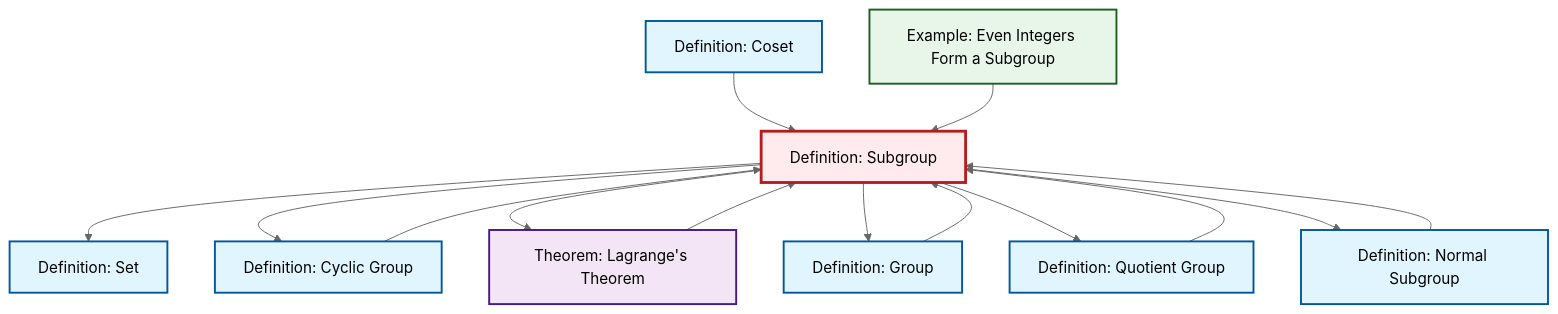
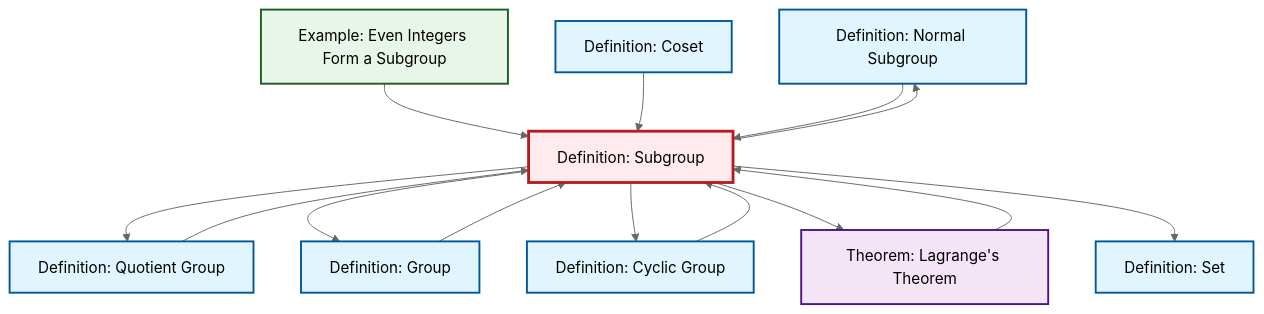
Before and after one commit to RK0429/ModernMath: the diagram in content/ja/algebra/def-subgroup.qmd, drawn with Mermaid (neutral theme). The commit also changed other lines of this file and 360 other files, not shown here.

````diff
--- a/content/ja/algebra/def-subgroup.qmd
+++ b/content/ja/algebra/def-subgroup.qmd
@@ -53,40 +53,40 @@
 ```{mermaid}
 %%| fig-cap: "Local dependency graph"
 graph TD
     classDef definition fill:#e1f5fe,stroke:#01579b,stroke-width:2px
     classDef theorem fill:#f3e5f5,stroke:#4a148c,stroke-width:2px
     classDef axiom fill:#fff3e0,stroke:#e65100,stroke-width:2px
     classDef example fill:#e8f5e9,stroke:#1b5e20,stroke-width:2px
     classDef current fill:#ffebee,stroke:#b71c1c,stroke-width:3px
+    def-normal-subgroup["Definition: Normal Subgroup"]:::definition
+    def-quotient-group["Definition: Quotient Group"]:::definition
     ex-even-integers-subgroup["Example: Even Integers Form a Subgroup"]:::example
+    thm-lagrange["Theorem: Lagrange's Theorem"]:::theorem
+    def-coset["Definition: Coset"]:::definition
+    def-set["Definition: Set"]:::definition
     def-cyclic-group["Definition: Cyclic Group"]:::definition
-    def-normal-subgroup["Definition: Normal Subgroup"]:::definition
+    def-group["Definition: Group"]:::definition
     def-subgroup["Definition: Subgroup"]:::definition
-    def-coset["Definition: Coset"]:::definition
-    def-group["Definition: Group"]:::definition
-    thm-lagrange["Theorem: Lagrange's Theorem"]:::theorem
-    def-set["Definition: Set"]:::definition
-    def-quotient-group["Definition: Quotient Group"]:::definition
+    def-group --> def-subgroup
+    def-subgroup --> def-quotient-group
+    ex-even-integers-subgroup --> def-subgroup
+    thm-lagrange --> def-subgroup
+    def-coset --> def-subgroup
+    def-subgroup --> def-normal-subgroup
+    def-cyclic-group --> def-subgroup
+    def-quotient-group --> def-subgroup
+    def-subgroup --> def-group
+    def-subgroup --> def-cyclic-group
+    def-subgroup --> thm-lagrange
     def-subgroup --> def-set
-    def-quotient-group --> def-subgroup
     def-normal-subgroup --> def-subgroup
-    def-coset --> def-subgroup
-    def-subgroup --> def-cyclic-group
-    def-group --> def-subgroup
-    def-subgroup --> thm-lagrange
-    def-subgroup --> def-group
-    def-subgroup --> def-quotient-group
-    thm-lagrange --> def-subgroup
-    def-cyclic-group --> def-subgroup
-    def-subgroup --> def-normal-subgroup
-    ex-even-integers-subgroup --> def-subgroup
     class def-subgroup current
+    click def-normal-subgroup "def-normal-subgroup.html" "Definition: Normal Subgroupへ"
+    click def-quotient-group "def-quotient-group.html" "Definition: Quotient Groupへ"
     click ex-even-integers-subgroup "ex-even-integers-subgroup.html" "Example: Even Integers Form a Subgroupへ"
+    click thm-lagrange "thm-lagrange.html" "Theorem: Lagrange's Theoremへ"
+    click def-coset "def-coset.html" "Definition: Cosetへ"
+    click def-set "def-set.html" "Definition: Setへ"
     click def-cyclic-group "def-cyclic-group.html" "Definition: Cyclic Groupへ"
-    click def-normal-subgroup "def-normal-subgroup.html" "Definition: Normal Subgroupへ"
-    click def-coset "def-coset.html" "Definition: Cosetへ"
     click def-group "def-group.html" "Definition: Groupへ"
-    click thm-lagrange "thm-lagrange.html" "Theorem: Lagrange's Theoremへ"
-    click def-set "def-set.html" "Definition: Setへ"
-    click def-quotient-group "def-quotient-group.html" "Definition: Quotient Groupへ"
 ```
````
